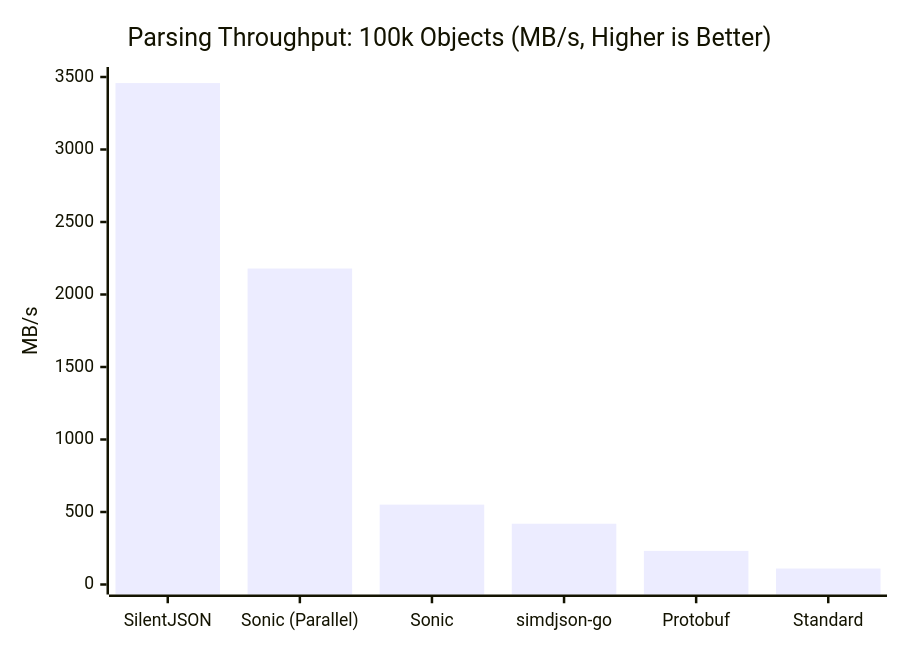
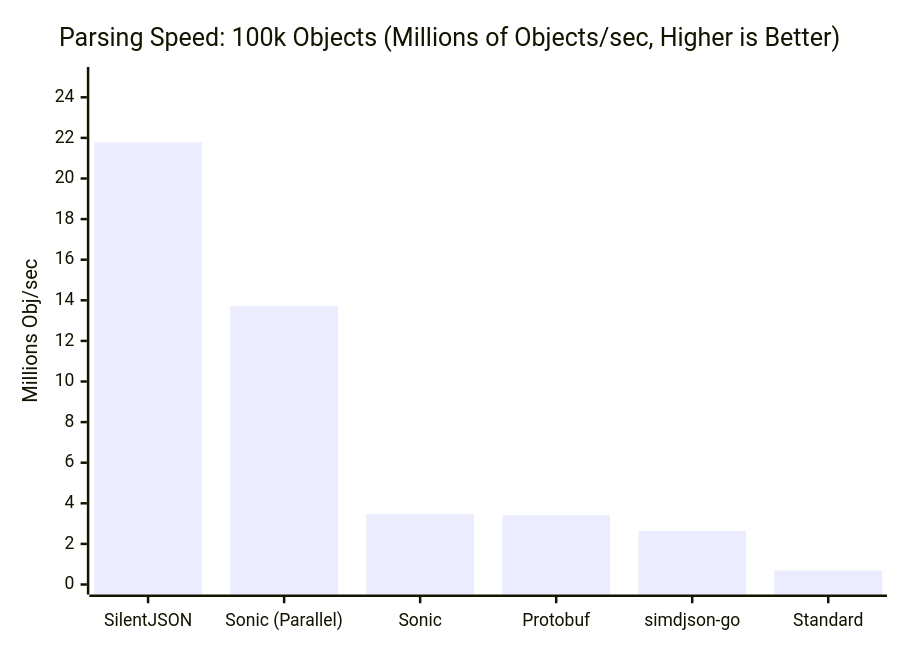
The first of 7 diagrams in README.md (GenshIv/silentjson), drawn with Mermaid before and after one commit. The commit also changed other lines of this file, not shown here.

Commit message:
docs: use obj/sec for fair cross-format benchmarks

````diff
--- a/README.md
+++ b/README.md
@@ -56,7 +56,7 @@
 ```mermaid
 xychart-beta
-    title "Parsing Throughput: 100k Objects (MB/s, Higher is Better)"
-    x-axis ["SilentJSON", "Sonic (Parallel)", "Sonic", "simdjson-go", "Protobuf", "Standard"]
-    y-axis "MB/s" 0 --> 3500
-    bar [3458, 2179, 551, 419, 232, 110]
+    title "Parsing Speed: 100k Objects (Millions of Objects/sec, Higher is Better)"
+    x-axis ["SilentJSON", "Sonic (Parallel)", "Sonic", "Protobuf", "simdjson-go", "Standard"]
+    y-axis "Millions Obj/sec" 0 --> 25
+    bar [21.78, 13.72, 3.47, 3.41, 2.64, 0.69]
 ```
````
